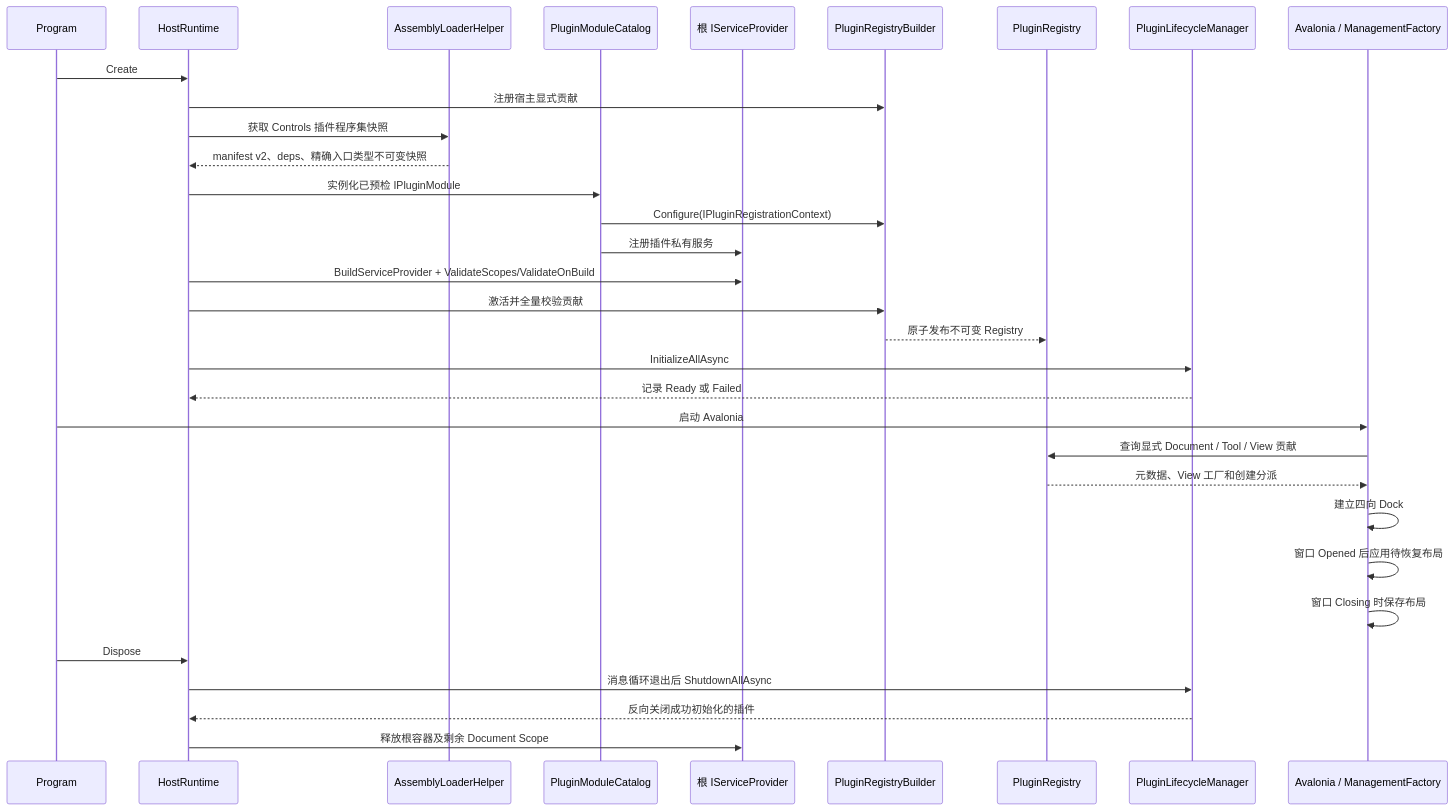
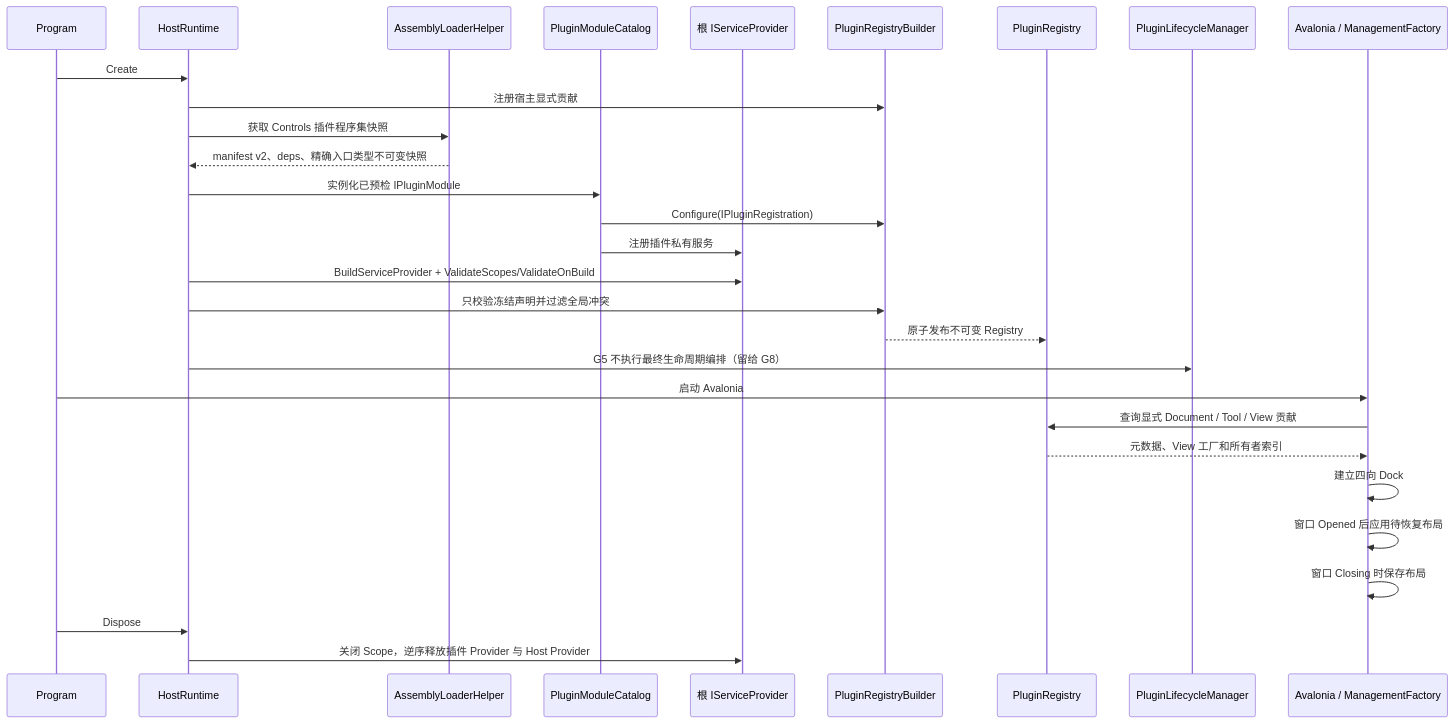
Before and after one commit to crownclowngx/avalonia_dock_simple_test: the second of 5 diagrams in docs/design/host-plugin-architecture-review.md, drawn with Mermaid. The commit also changed other lines of this file and 73 other files, not shown here.

````diff
--- a/docs/design/host-plugin-architecture-review.md
+++ b/docs/design/host-plugin-architecture-review.md
@@ -71,35 +76,32 @@
 ```mermaid
 sequenceDiagram
     participant P as Program
     participant R as HostRuntime
     participant L as AssemblyLoaderHelper
     participant C as PluginModuleCatalog
     participant DI as 根 IServiceProvider
     participant B as PluginRegistryBuilder
     participant E as PluginRegistry
     participant LM as PluginLifecycleManager
     participant UI as Avalonia / ManagementFactory
 
     P->>R: Create
     R->>B: 注册宿主显式贡献
     R->>L: 获取 Controls 插件程序集快照
     L-->>R: manifest v2、deps、精确入口类型不可变快照
     R->>C: 实例化已预检 IPluginModule
-    C->>B: Configure(IPluginRegistrationContext)
+    C->>B: Configure(IPluginRegistration)
     C->>DI: 注册插件私有服务
     R->>DI: BuildServiceProvider + ValidateScopes/ValidateOnBuild
-    R->>B: 激活并全量校验贡献
+    R->>B: 只校验冻结声明并过滤全局冲突
     B-->>E: 原子发布不可变 Registry
-    R->>LM: InitializeAllAsync
-    LM-->>R: 记录 Ready 或 Failed
+    R->>LM: G5 不执行最终生命周期编排（留给 G8）
     P->>UI: 启动 Avalonia
     UI->>E: 查询显式 Document / Tool / View 贡献
-    E-->>UI: 元数据、View 工厂和创建分派
+    E-->>UI: 元数据、View 工厂和所有者索引
     UI->>UI: 建立四向 Dock
     UI->>UI: 窗口 Opened 后应用待恢复布局
     UI->>UI: 窗口 Closing 时保存布局
     P->>R: Dispose
-    R->>LM: 消息循环退出后 ShutdownAllAsync
-    LM-->>R: 反向关闭成功初始化的插件
-    R->>DI: 释放根容器及剩余 Document Scope
+    R->>DI: 关闭 Scope，逆序释放插件 Provider 与 Host Provider
 ```
````
